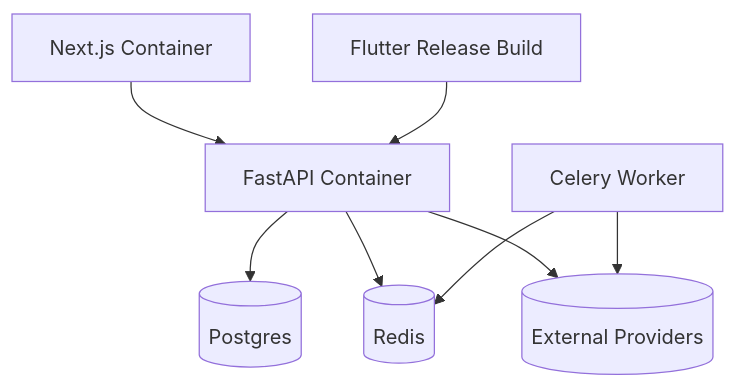
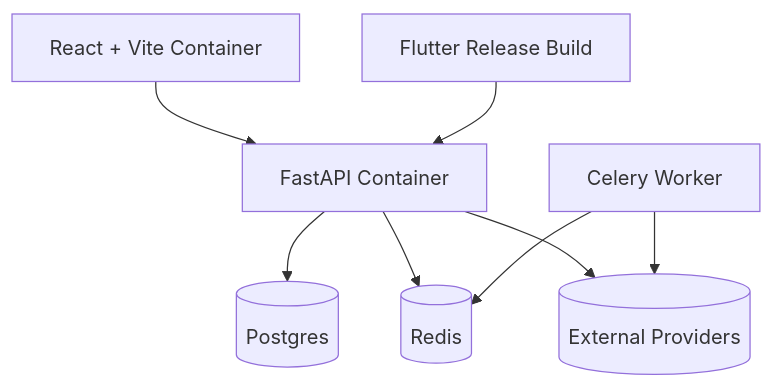
The diagram in docs/infrastructure/deployment-diagram.md (0Ankit0/fastapi_template), drawn with Mermaid before and after one commit. The commit also changed 6 other files, not shown here.

````diff
--- a/docs/infrastructure/deployment-diagram.md
+++ b/docs/infrastructure/deployment-diagram.md
@@ -3,18 +3,18 @@
 ```mermaid
 flowchart TB
-  Web[Next.js Container]
+  Web[React + Vite Container]
   Mobile[Flutter Release Build]
   API[FastAPI Container]
   Worker[Celery Worker]
   DB[(Postgres)]
   Redis[(Redis)]
   Providers[(External Providers)]
 
   Web --> API
   Mobile --> API
   API --> DB
   API --> Redis
   Worker --> Redis
   API --> Providers
   Worker --> Providers
 ```
````
